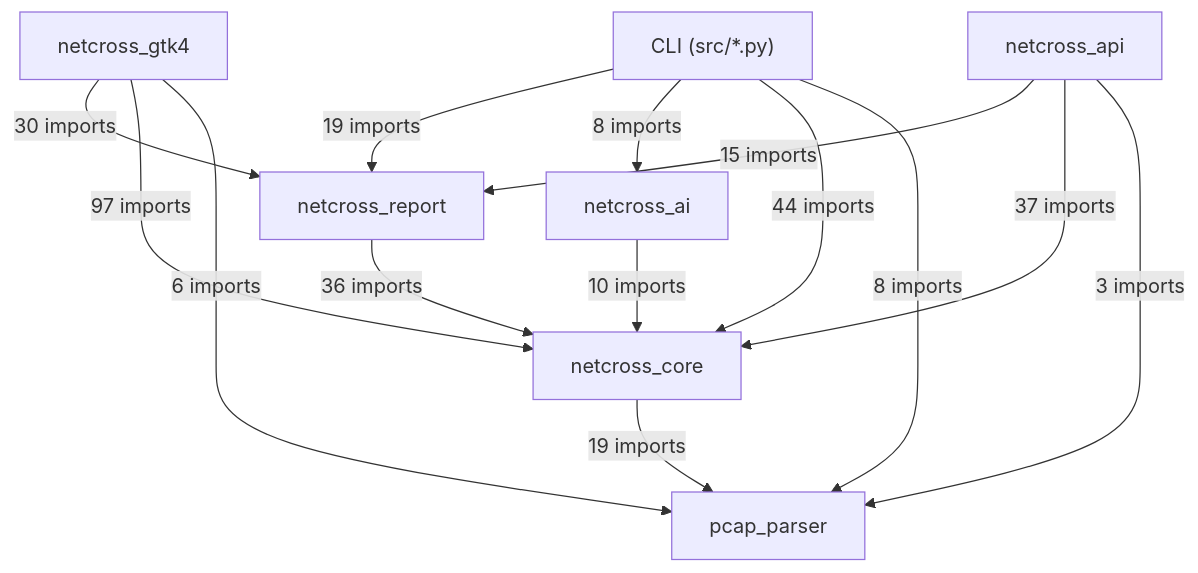
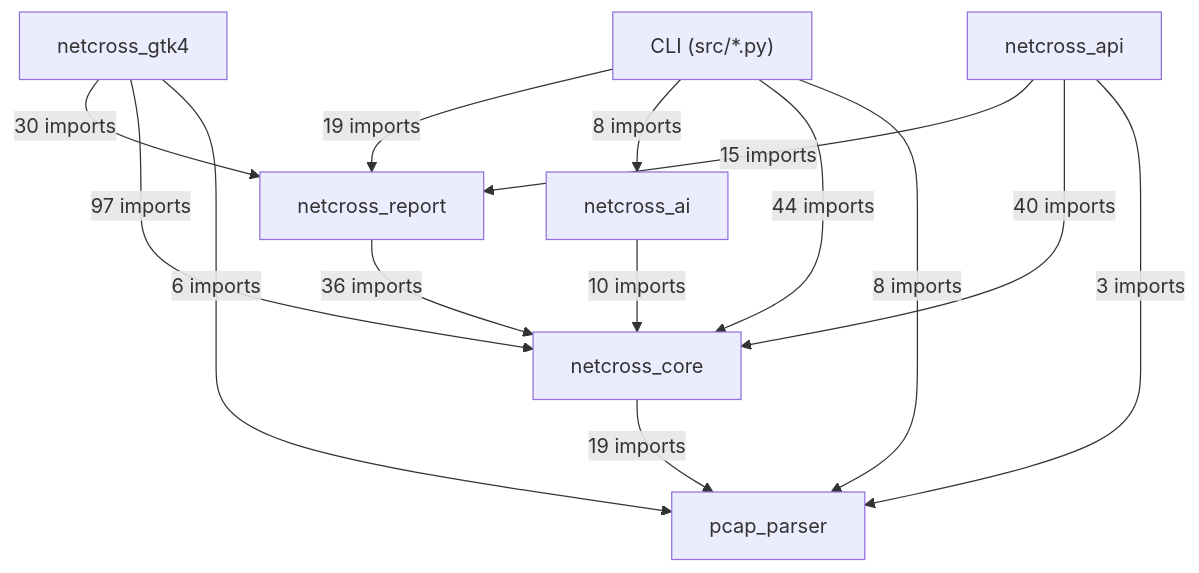
Before and after one commit to Mathide-Team/Netcross: the first of 20 diagrams in docs/class-diagram.md, drawn with Mermaid. The commit also changed other lines of this file and 2 other files, not shown here.

Commit message:
chore: régénère class-diagram/openapi après fusion de dev

````diff
--- a/docs/class-diagram.md
+++ b/docs/class-diagram.md
@@ -26,23 +26,23 @@
 ```mermaid
 flowchart TD
     CLI["CLI (src/*.py)"]
     netcross_gtk4["netcross_gtk4"]
     netcross_api["netcross_api"]
     netcross_report["netcross_report"]
     netcross_ai["netcross_ai"]
     netcross_core["netcross_core"]
     pcap_parser["pcap_parser"]
     CLI -->|"19 imports"| netcross_report
     CLI -->|"8 imports"| netcross_ai
     CLI -->|"44 imports"| netcross_core
     CLI -->|"8 imports"| pcap_parser
     netcross_gtk4 -->|"30 imports"| netcross_report
     netcross_gtk4 -->|"97 imports"| netcross_core
     netcross_gtk4 -->|"6 imports"| pcap_parser
     netcross_api -->|"15 imports"| netcross_report
-    netcross_api -->|"37 imports"| netcross_core
+    netcross_api -->|"40 imports"| netcross_core
     netcross_api -->|"3 imports"| pcap_parser
     netcross_report -->|"36 imports"| netcross_core
     netcross_ai -->|"10 imports"| netcross_core
     netcross_core -->|"19 imports"| pcap_parser
 ```
````
